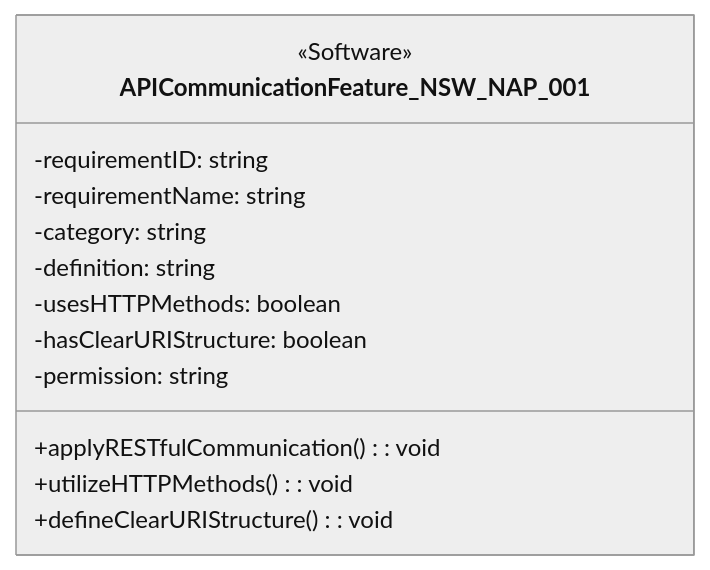
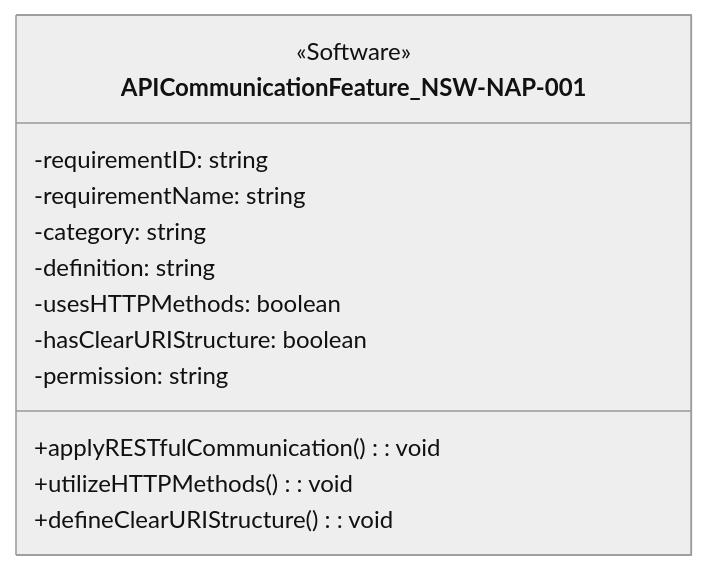
Diagram 23 of 54 in 1. Requirement Analysis/Software Requirements Specification.md (sun922/University-SoftwareDesign), drawn with Mermaid (neutral theme) before and after one commit. The commit also changed other lines of this file, not shown here.

````diff
--- a/1. Requirement Analysis/Software Requirements Specification.md
+++ b/1. Requirement Analysis/Software Requirements Specification.md
@@ -695,17 +695,17 @@
 ```mermaid
 classDiagram
-    class APICommunicationFeature_NSW_NAP_001 {
+    class APICommunicationFeature_NSW-NAP-001 {
         <<Software>>
         -requirementID: string
         -requirementName: string
         -category: string
         -definition: string
         -usesHTTPMethods: boolean
         -hasClearURIStructure: boolean
         -permission: string
 
         +applyRESTfulCommunication(): void
         +utilizeHTTPMethods(): void
         +defineClearURIStructure(): void
     }
 ```
````
